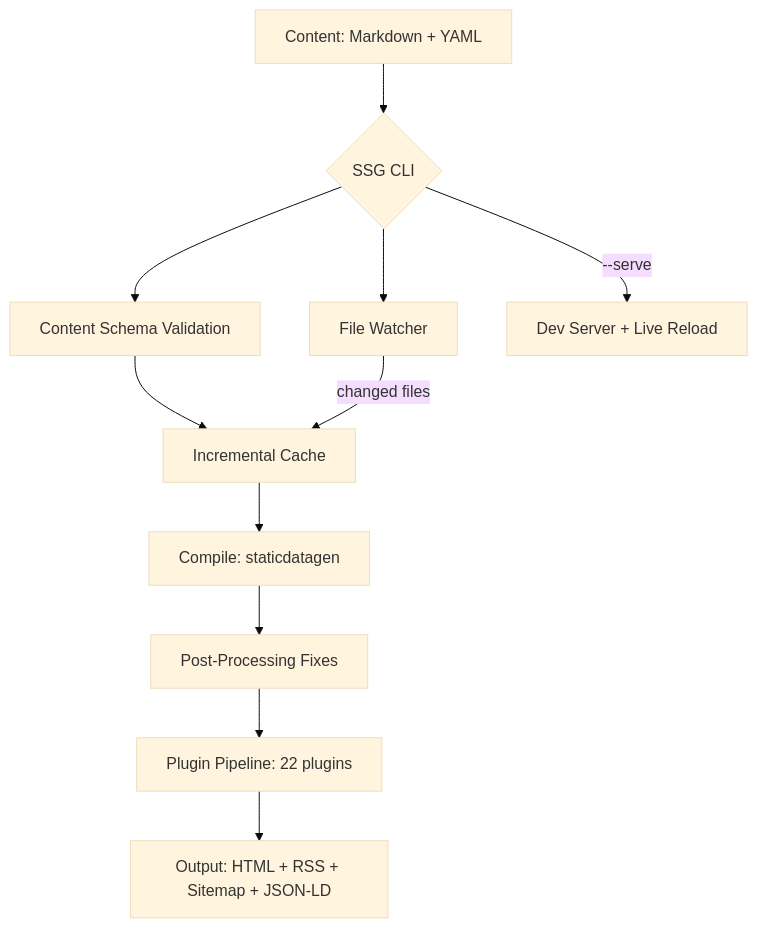
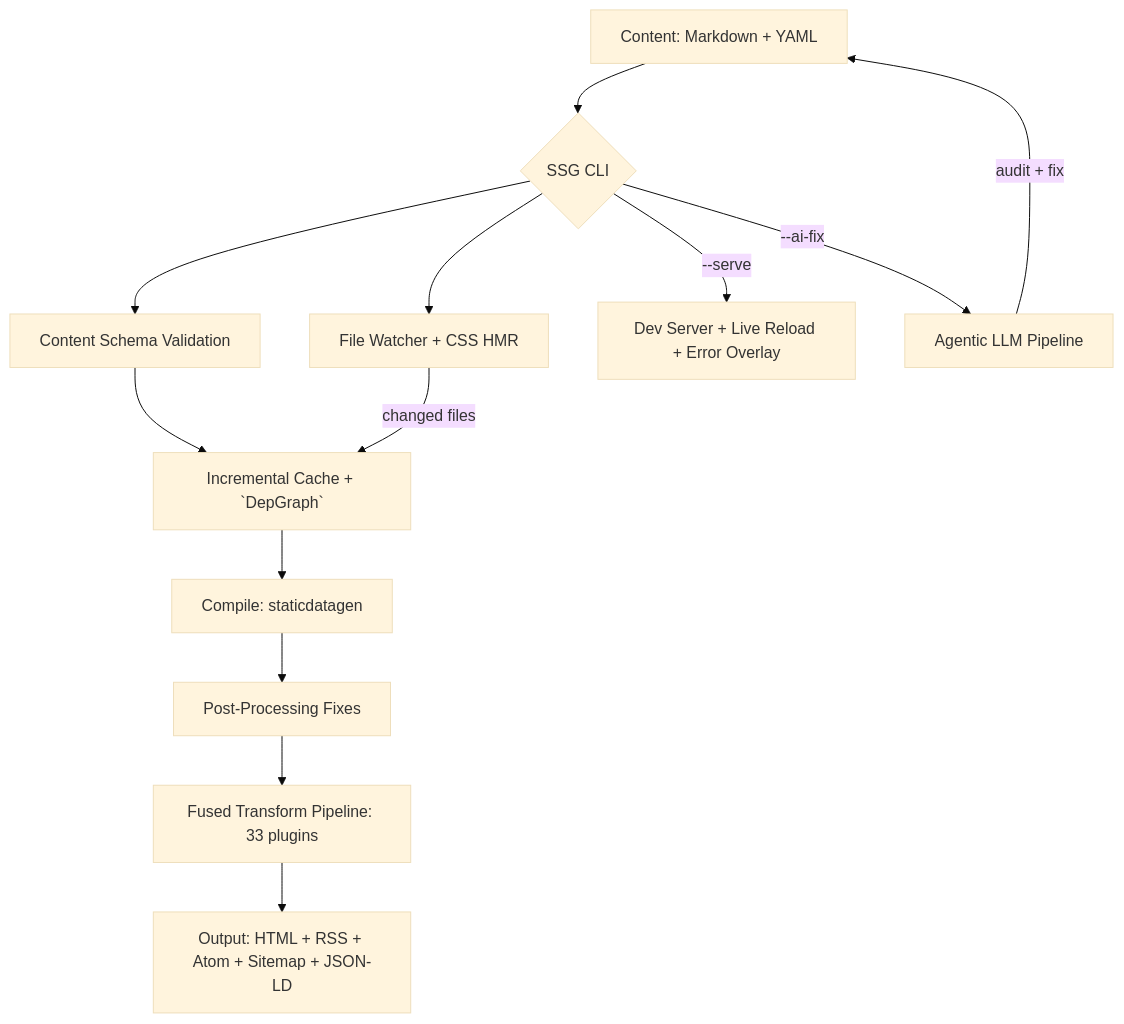
One commit to sebastienrousseau/shokunin changed the diagram in README.md. Above: the diagram before and after it, drawn with Mermaid (base theme). The commit also changed other lines of this file and 1 other file, not shown here.

````diff
--- a/README.md
+++ b/README.md
@@ -152,13 +118,15 @@
 ```mermaid
 graph TD
     A[Content: Markdown + YAML] --> B{SSG CLI}
     B --> V[Content Schema Validation]
-    V --> C[Incremental Cache]
+    V --> C[Incremental Cache + `DepGraph`]
     C --> D[Compile: staticdatagen]
     D --> E[Post-Processing Fixes]
-    E --> F[Plugin Pipeline: 22 plugins]
-    F --> G[Output: HTML + RSS + Sitemap + JSON-LD]
-    B --> H[File Watcher]
+    E --> F[Fused Transform Pipeline: 33 plugins]
+    F --> G[Output: HTML + RSS + Atom + Sitemap + JSON-LD]
+    B --> H[File Watcher + CSS HMR]
     H -->|changed files| C
-    B -->|--serve| S[Dev Server + Live Reload]
+    B -->|--serve| S[Dev Server + Live Reload + Error Overlay]
+    B -->|--ai-fix| AI[Agentic LLM Pipeline]
+    AI -->|audit + fix| A
 ```
````
